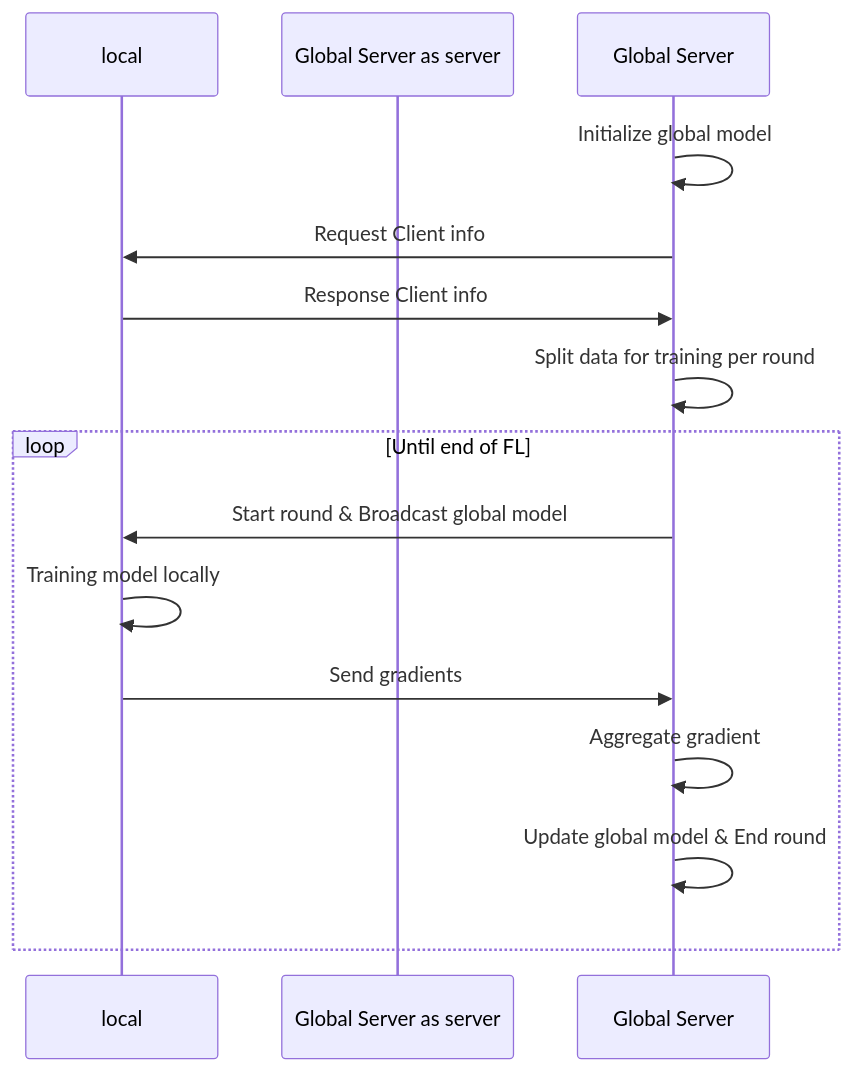
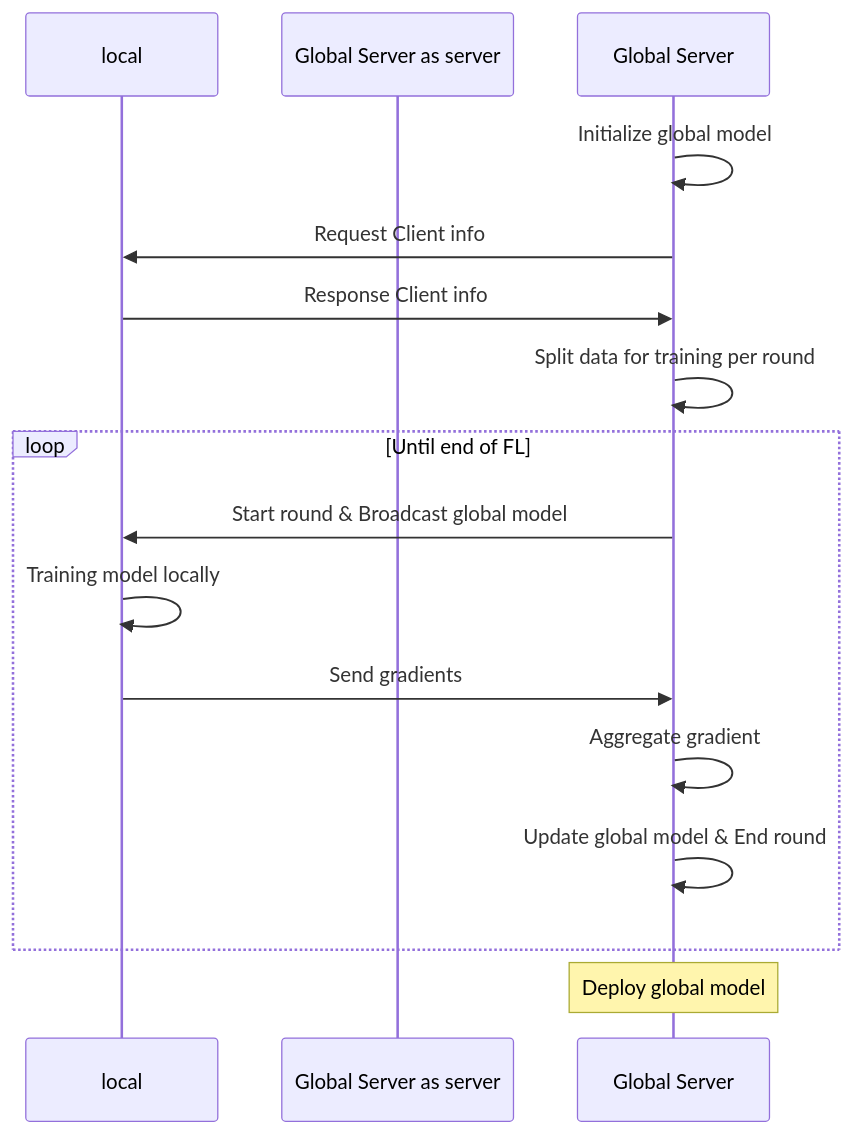
Before and after one commit to CV-NLP-FL-SignLanguageTranslator/Fed_CV: the diagram in FedCV_sequence_with_Server.md, drawn with Mermaid.

Commit message:
Fix FL sequence

````diff
--- a/FedCV_sequence_with_Server.md
+++ b/FedCV_sequence_with_Server.md
@@ -1,18 +1,19 @@
 ```mermaid
 sequenceDiagram
     participant Client as local
     participant Global Server as server
     
     Global Server->>Global Server: Initialize global model
     Global Server->>Client: Request Client info
     Client->>Global Server: Response Client info
     Global Server->>Global Server: Split data for training per round
     loop Until end of FL
     Global Server->>Client: Start round & Broadcast global model
     Client->>Client: Training model locally 
     Client->>Global Server: Send gradients
     Global Server->>Global Server: Aggregate gradient
     Global Server->>Global Server: Update global model & End round
     end
     
+    Note over Global Server: Deploy global model
 ```
````
